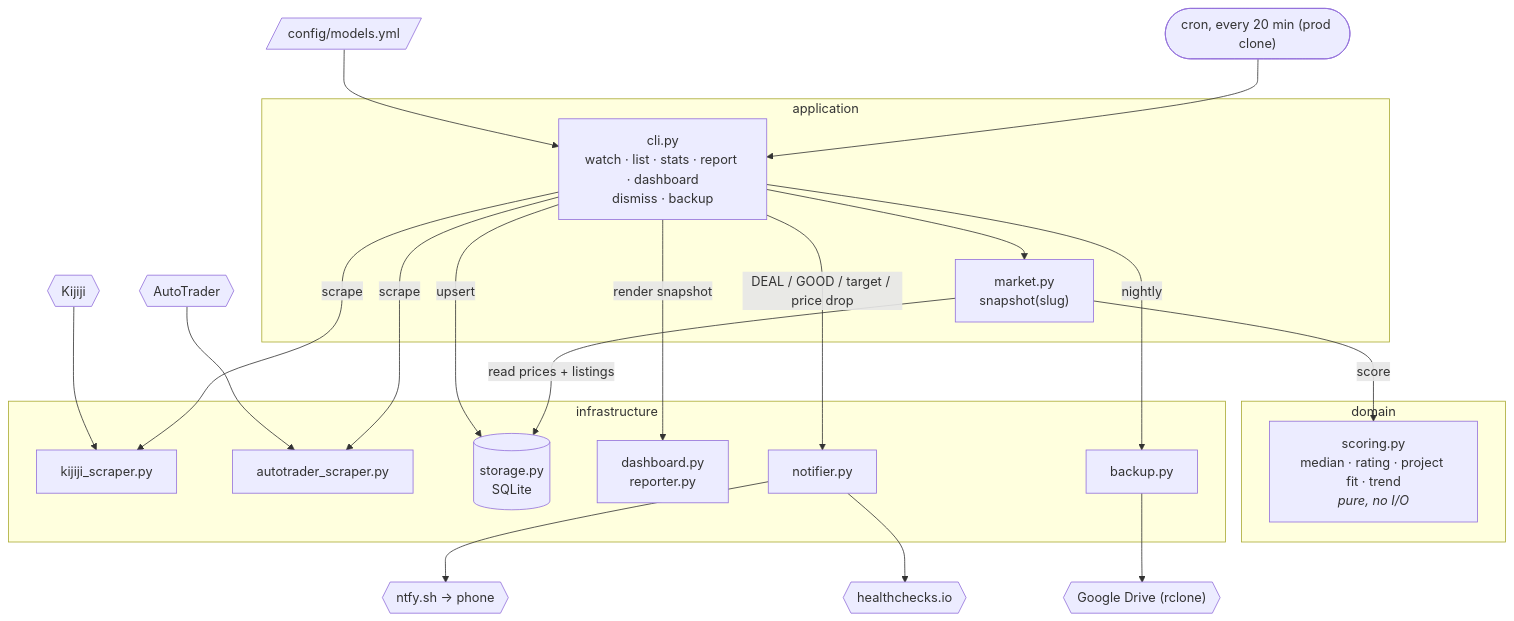
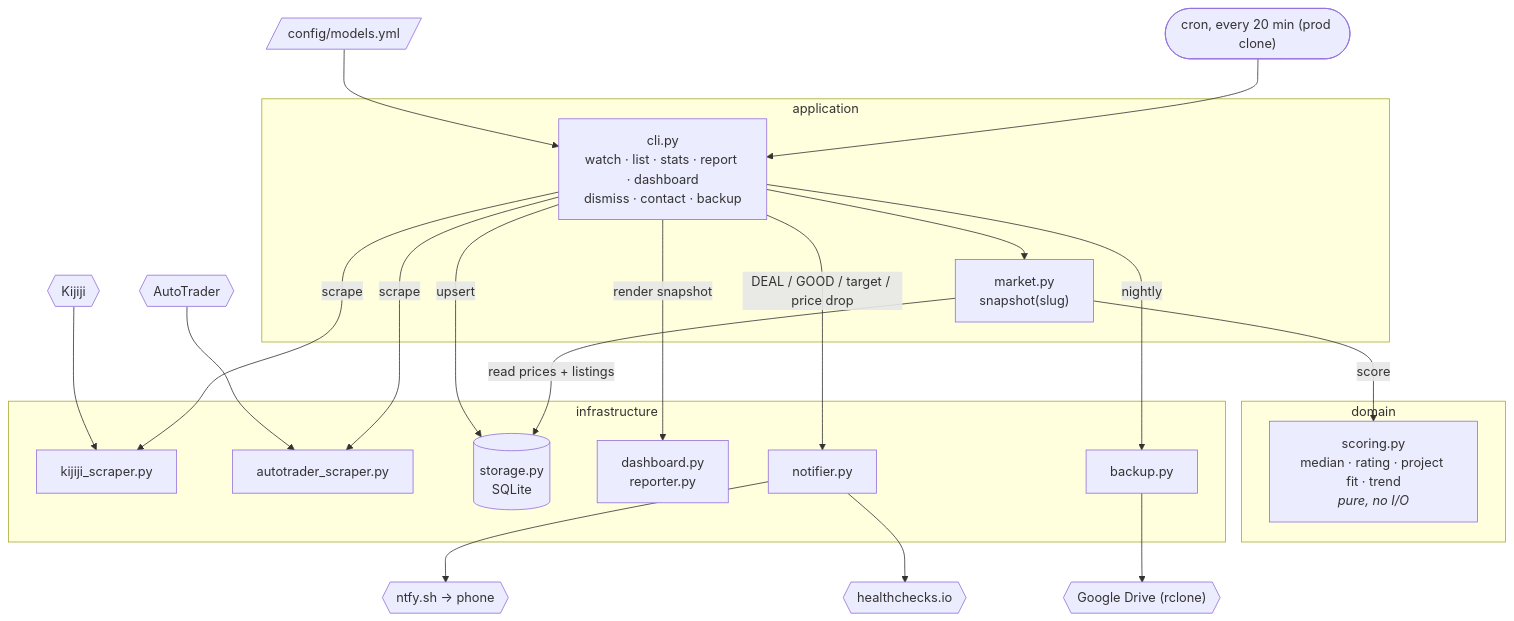
One commit to adamkwhite/dirtbike-tracker changed the diagram in README.md. Above: the diagram before and after it, drawn with Mermaid. The commit also changed other lines of this file and 8 other files, not shown here.

First line of the commit message:
feat(cli): dirtbike contact logs messaging a seller (#23) (#79)

````diff
--- a/README.md
+++ b/README.md
@@ -10,38 +10,38 @@
 ```mermaid
 flowchart TB
     cron(["cron, every 20 min (prod clone)"]) --> cli
     config[/"config/models.yml"/] --> cli
 
     subgraph application
-        cli["cli.py<br/>watch · list · stats · report · dashboard<br/>dismiss · backup"]
+        cli["cli.py<br/>watch · list · stats · report · dashboard<br/>dismiss · contact · backup"]
         market["market.py<br/>snapshot(slug)"]
         cli --> market
     end
 
     subgraph domain
         scoring["scoring.py<br/>median · rating · project fit · trend<br/><i>pure, no I/O</i>"]
     end
 
     subgraph infrastructure
         kij["kijiji_scraper.py"]
         at["autotrader_scraper.py"]
         storage[("storage.py<br/>SQLite")]
         render["dashboard.py<br/>reporter.py"]
         notifier["notifier.py"]
         backup["backup.py"]
     end
 
     market -->|score| scoring
     market -->|read prices + listings| storage
     cli -->|scrape| kij & at
     cli -->|upsert| storage
     cli -->|render snapshot| render
     cli -->|DEAL / GOOD / target / price drop| notifier
 
     kijiji{{Kijiji}} --> kij
     autotrader{{AutoTrader}} --> at
     notifier --> ntfy{{"ntfy.sh → phone"}}
     notifier --> hc{{healthchecks.io}}
     cli -->|nightly| backup
     backup --> drive{{"Google Drive (rclone)"}}
 ```
````
